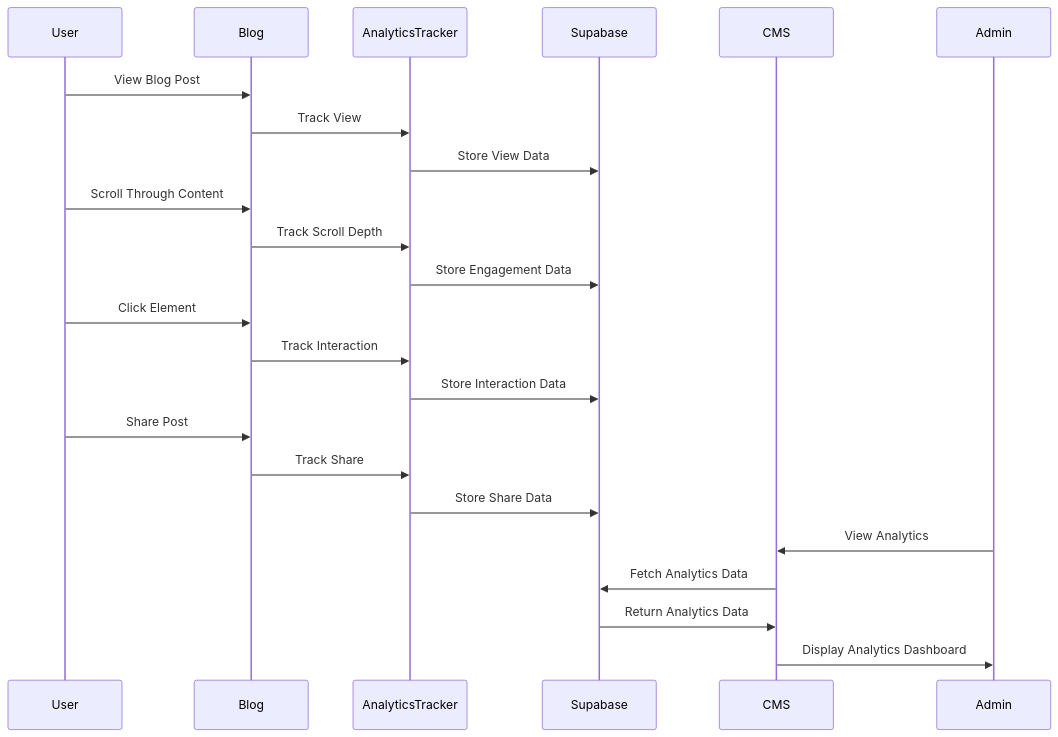
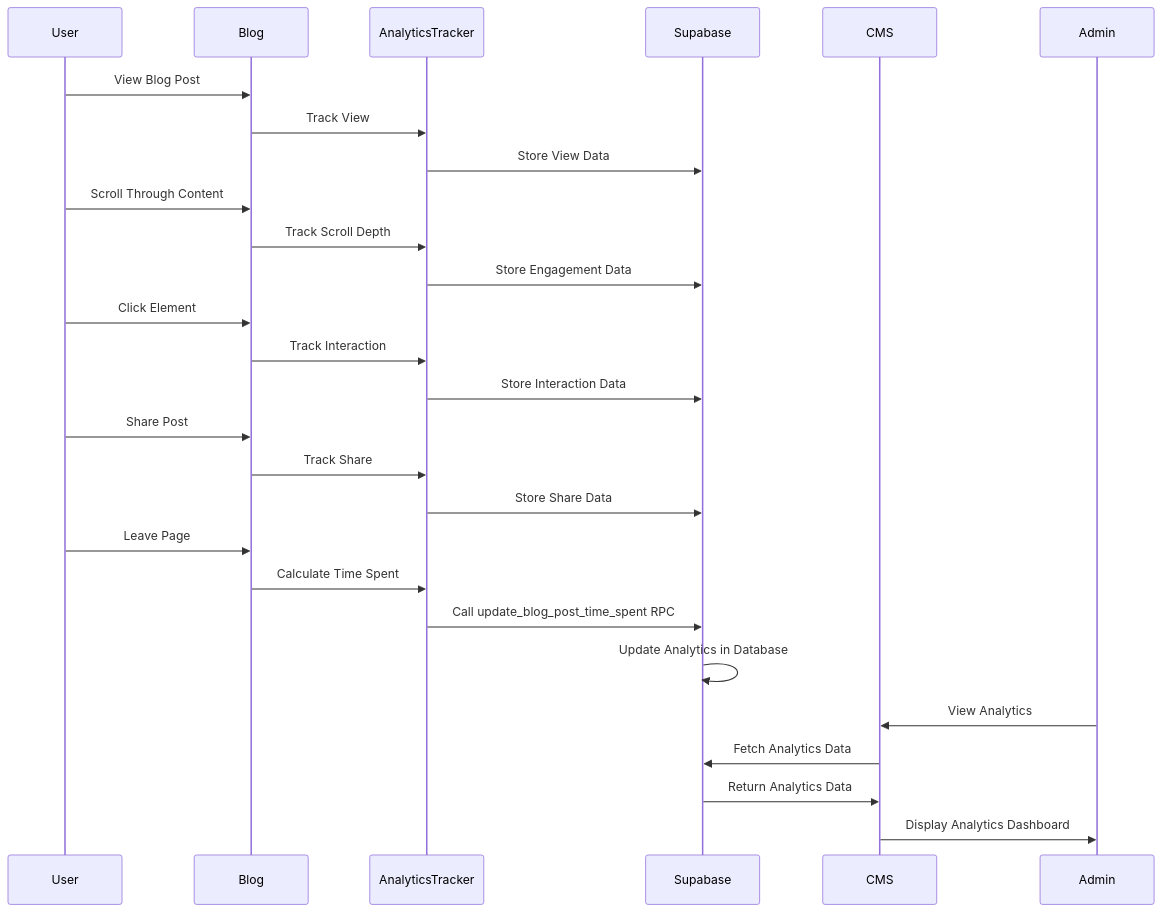
One commit to KPrince-coder/modern-portfolio changed the fifth of 30 diagrams in docs/blog-system-documentation.md. Above: the diagram before and after it, drawn with Mermaid. The commit also changed other lines of this file and 1 other file, not shown here.

First line of the commit message:
docs: enhance blog system documentation with RPC details and troubleshooting

````diff
--- a/docs/blog-system-documentation.md
+++ b/docs/blog-system-documentation.md
@@ -220,30 +220,35 @@
 ```mermaid
 sequenceDiagram
     participant User
     participant Blog
     participant AnalyticsTracker
     participant Supabase
     participant CMS
     participant Admin
 
     User->>Blog: View Blog Post
     Blog->>AnalyticsTracker: Track View
     AnalyticsTracker->>Supabase: Store View Data
 
     User->>Blog: Scroll Through Content
     Blog->>AnalyticsTracker: Track Scroll Depth
     AnalyticsTracker->>Supabase: Store Engagement Data
 
     User->>Blog: Click Element
     Blog->>AnalyticsTracker: Track Interaction
     AnalyticsTracker->>Supabase: Store Interaction Data
 
     User->>Blog: Share Post
     Blog->>AnalyticsTracker: Track Share
     AnalyticsTracker->>Supabase: Store Share Data
 
+    User->>Blog: Leave Page
+    Blog->>AnalyticsTracker: Calculate Time Spent
+    AnalyticsTracker->>Supabase: Call update_blog_post_time_spent RPC
+    Supabase->>Supabase: Update Analytics in Database
+
     Admin->>CMS: View Analytics
     CMS->>Supabase: Fetch Analytics Data
     Supabase->>CMS: Return Analytics Data
     CMS->>Admin: Display Analytics Dashboard
 ```
````
